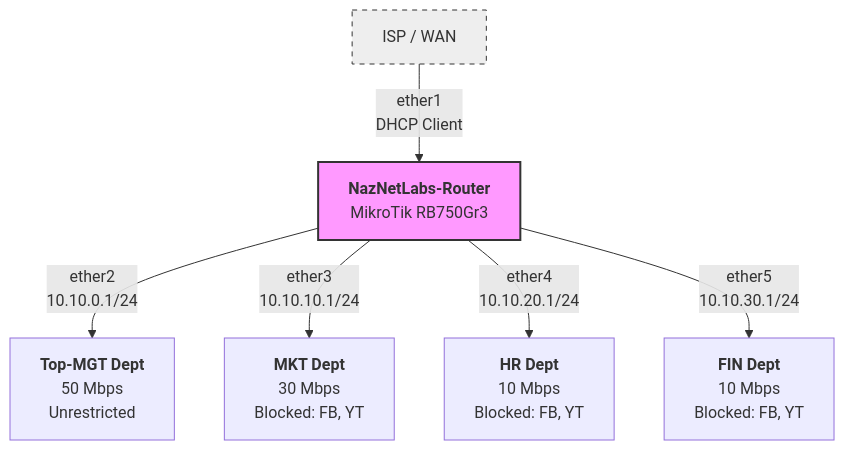
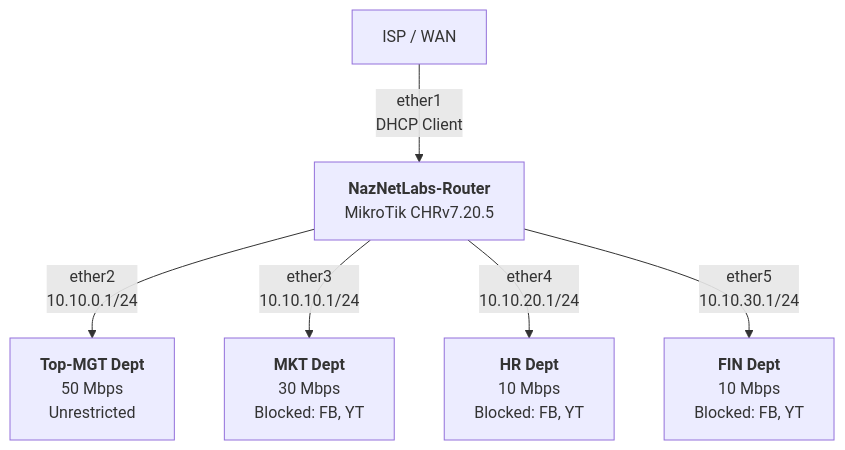
The diagram in Mikrotik-Labs/PCQ-Bandwidth-Management-and-Time-Based-Web-Filtering.md (nazdridoy/NazNetLabs), drawn with Mermaid before and after one commit.

Commit message:
docs: update lab diagram hardware specification
- [update] Change Router spec from RB750Gr3 to CHRv7.20.5 (Mikrotik-Labs/PCQ-Bandwidth-Management-and-Time-Based-Web-Filtering.md:9)
- [style] Remove custom mermaid styling for Router and ISP nodes (PCQ-Bandwidth-Management-and-Time-Based-Web-Filtering.md:14-15)

````diff
--- a/Mikrotik-Labs/PCQ-Bandwidth-Management-and-Time-Based-Web-Filtering.md
+++ b/Mikrotik-Labs/PCQ-Bandwidth-Management-and-Time-Based-Web-Filtering.md
@@ -7,12 +7,9 @@
 ```mermaid
 graph TD
-    ISP[ISP / WAN] -->|ether1<br>DHCP Client| Router[<b>NazNetLabs-Router</b><br>MikroTik RB750Gr3]
+    ISP[ISP / WAN] -->|ether1<br>DHCP Client| Router[<b>NazNetLabs-Router</b><br>MikroTik CHRv7.20.5]
     
     Router -->|ether2<br>10.10.0.1/24| MGT[<b>Top-MGT Dept</b><br>50 Mbps<br>Unrestricted]
     Router -->|ether3<br>10.10.10.1/24| MKT[<b>MKT Dept</b><br>30 Mbps<br>Blocked: FB, YT]
     Router -->|ether4<br>10.10.20.1/24| HR[<b>HR Dept</b><br>10 Mbps<br>Blocked: FB, YT]
     Router -->|ether5<br>10.10.30.1/24| FIN[<b>FIN Dept</b><br>10 Mbps<br>Blocked: FB, YT]
-
-    style Router fill:#f9f,stroke:#333,stroke-width:2px
-    style ISP fill:#eee,stroke:#333,stroke-dasharray: 5 5
 ```
````
